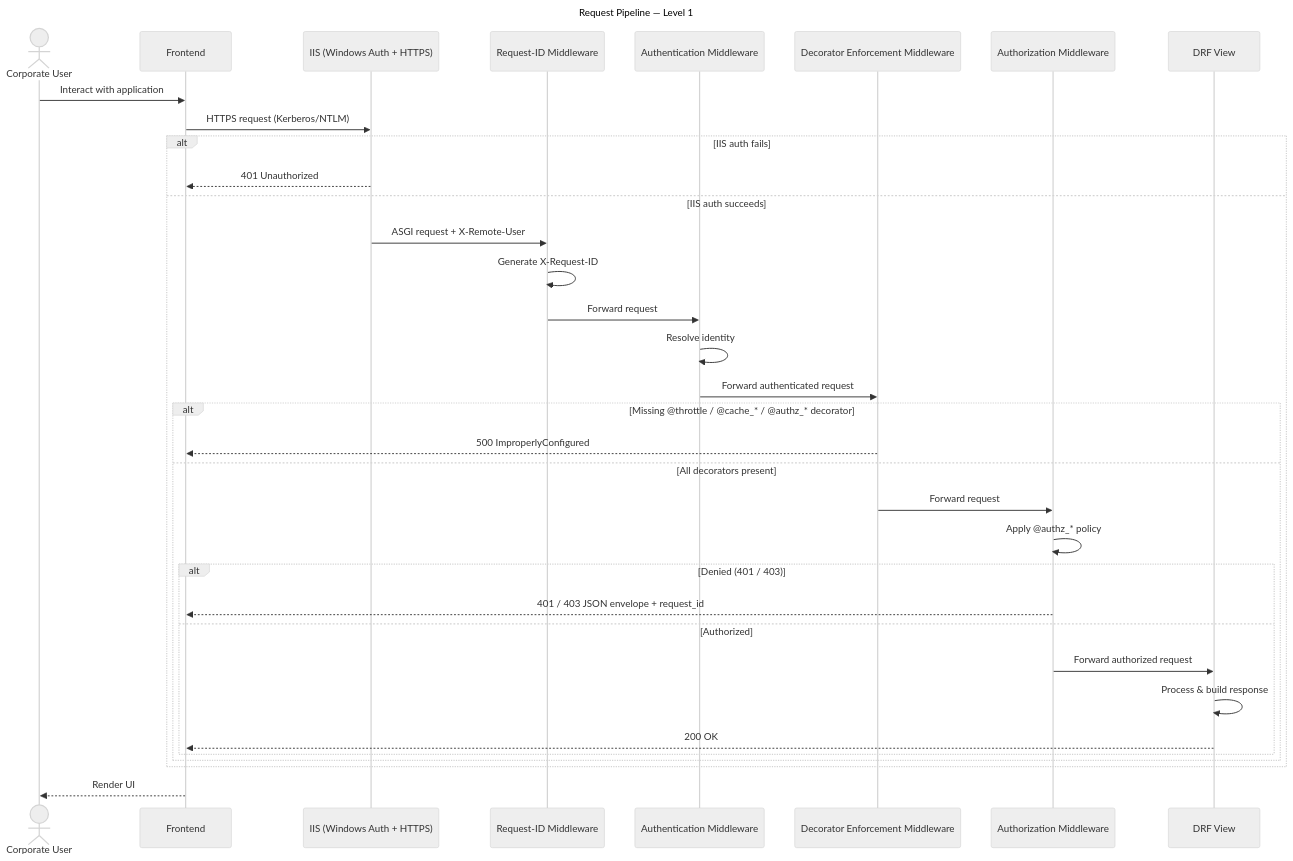
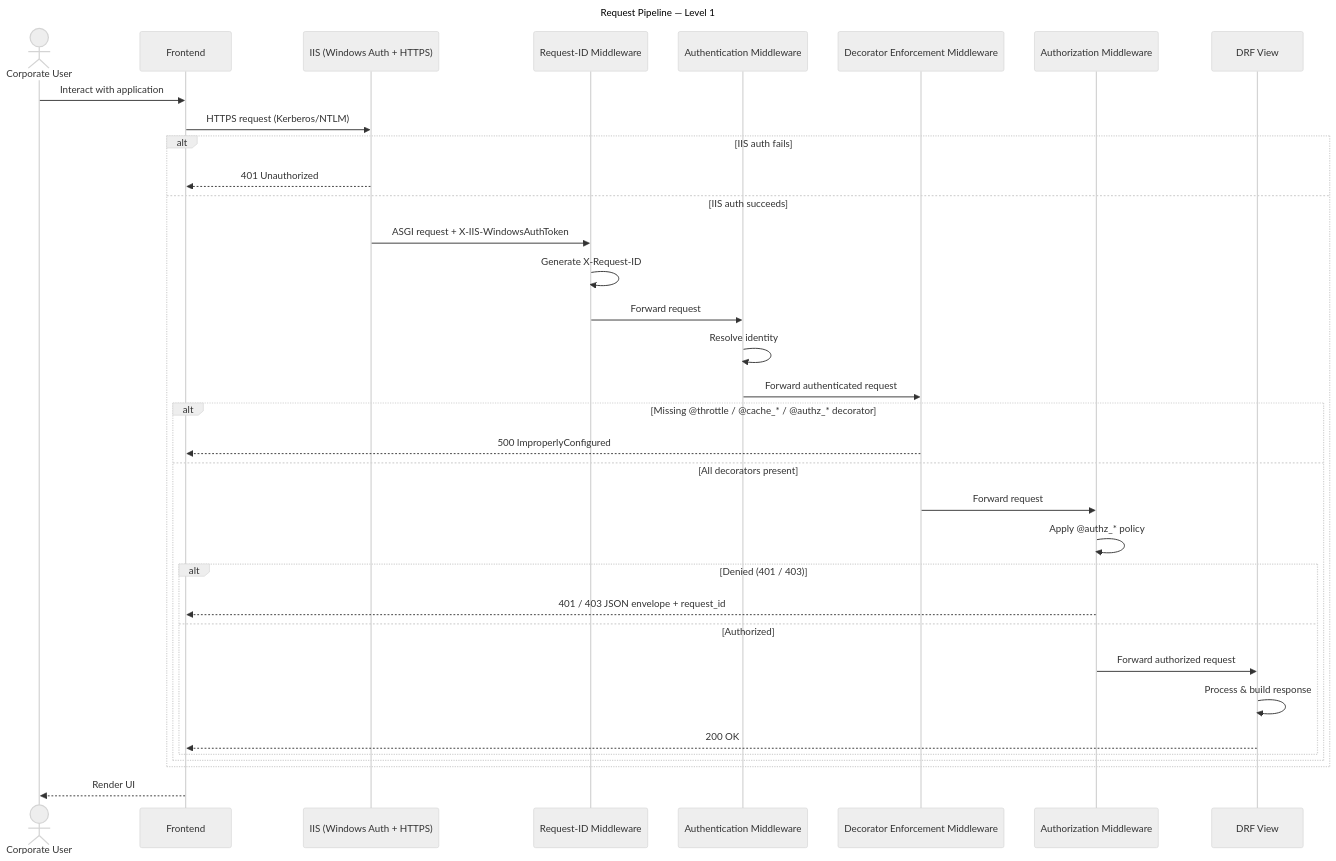
Before and after one commit to LewisCM14/django_auth: the sixth of 11 diagrams in docs/spec.md, drawn with Mermaid (neutral theme). The commit also changed other lines of this file and 20 other files, not shown here.

Commit message:
setup codebase to use auth token

````diff
--- a/docs/spec.md
+++ b/docs/spec.md
@@ -251,40 +251,40 @@
 ```mermaid
 ---
 title: Request Pipeline — Level 1
 ---
 sequenceDiagram
     actor User as Corporate User
     participant FE as Frontend
     participant IIS as IIS (Windows Auth + HTTPS)
     participant RID as Request-ID Middleware
     participant AuthN as Authentication Middleware
     participant Enforce as Decorator Enforcement Middleware
     participant AuthZ as Authorization Middleware
     participant View as DRF View
 
     User->>FE: Interact with application
     FE->>IIS: HTTPS request (Kerberos/NTLM)
     alt IIS auth fails
         IIS-->>FE: 401 Unauthorized
     else IIS auth succeeds
-        IIS->>RID: ASGI request + X-Remote-User
+        IIS->>RID: ASGI request + X-IIS-WindowsAuthToken
         RID->>RID: Generate X-Request-ID
         RID->>AuthN: Forward request
         AuthN->>AuthN: Resolve identity
         AuthN->>Enforce: Forward authenticated request
         alt Missing @throttle / @cache_* / @authz_* decorator
             Enforce-->>FE: 500 ImproperlyConfigured
         else All decorators present
             Enforce->>AuthZ: Forward request
             AuthZ->>AuthZ: Apply @authz_* policy
             alt Denied (401 / 403)
                 AuthZ-->>FE: 401 / 403 JSON envelope + request_id
             else Authorized
                 AuthZ->>View: Forward authorized request
                 View->>View: Process & build response
                 View-->>FE: 200 OK
             end
         end
     end
     FE-->>User: Render UI
 ```
````
